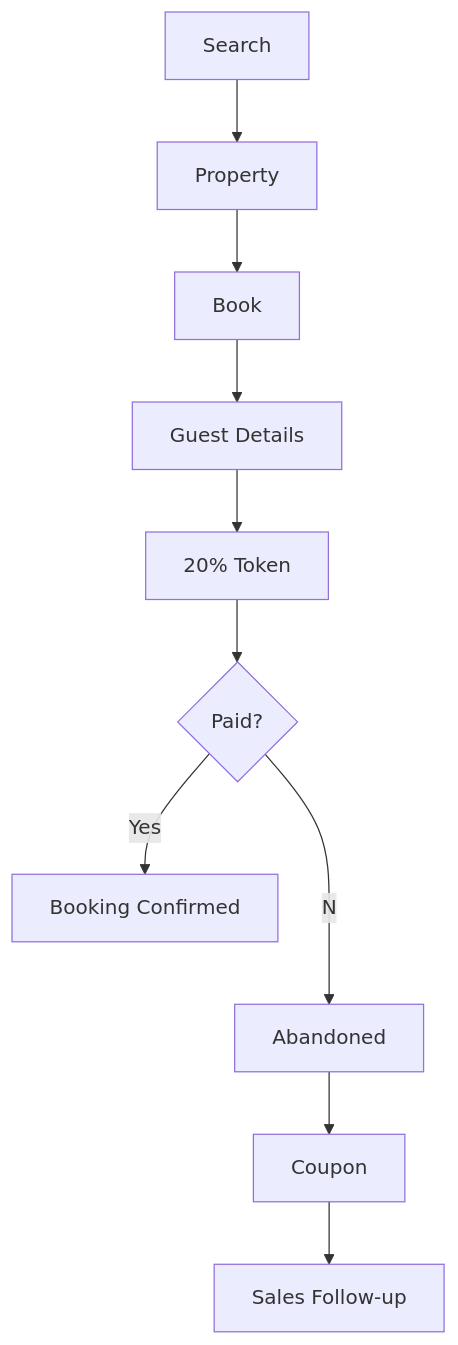
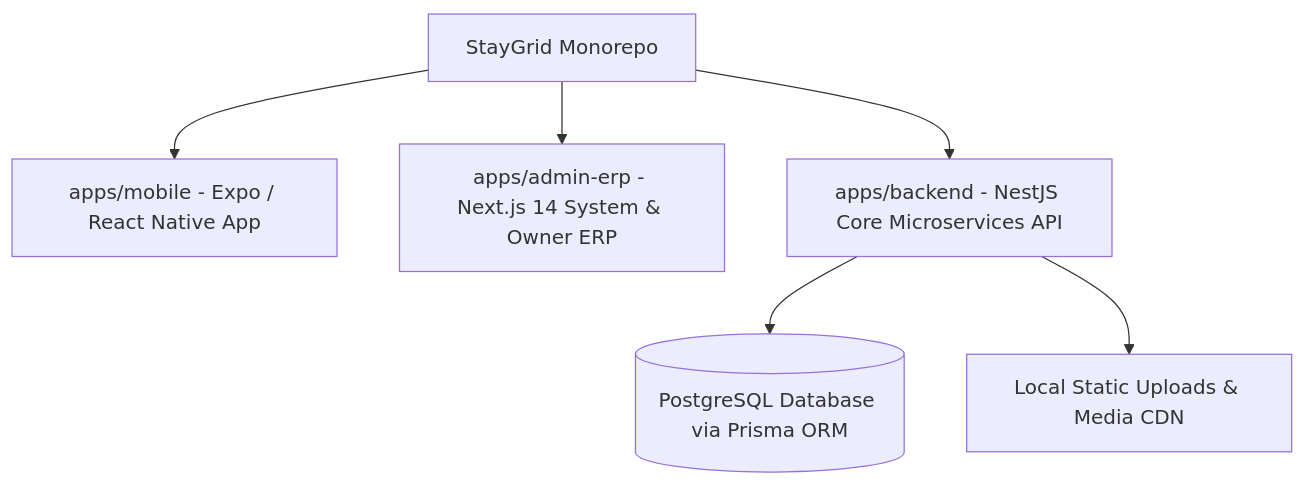
The first of 6 diagrams in documentations/StayGrid_Master_PRD.md (Samyy-Momin/staygrid), drawn with Mermaid before and after one commit. The commit also changed other lines of this file and 96 other files, not shown here.

````diff
--- a/documentations/StayGrid_Master_PRD.md
+++ b/documentations/StayGrid_Master_PRD.md
@@ -107,12 +48,8 @@
 ```mermaid
-flowchart TD
-A[Search]-->B[Property]
-B-->C[Book]
-C-->D[Guest Details]
-D-->E[20% Token]
-E-->F{Paid?}
-F--Yes-->G[Booking Confirmed]
-F--No-->H[Abandoned]
-H-->I[Coupon]
-I-->J[Sales Follow-up]
+graph TD
+    A[StayGrid Monorepo] --> B[apps/mobile - Expo / React Native App]
+    A --> C[apps/admin-erp - Next.js 14 System & Owner ERP]
+    A --> D[apps/backend - NestJS Core Microservices API]
+    D --> E[(PostgreSQL Database via Prisma ORM)]
+    D --> F[Local Static Uploads & Media CDN]
 ```
````
